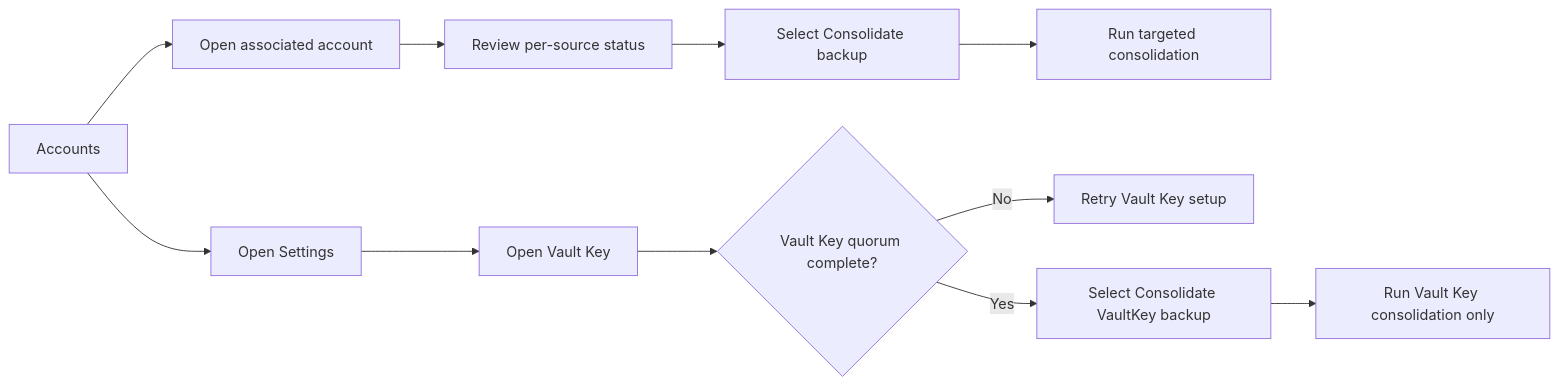
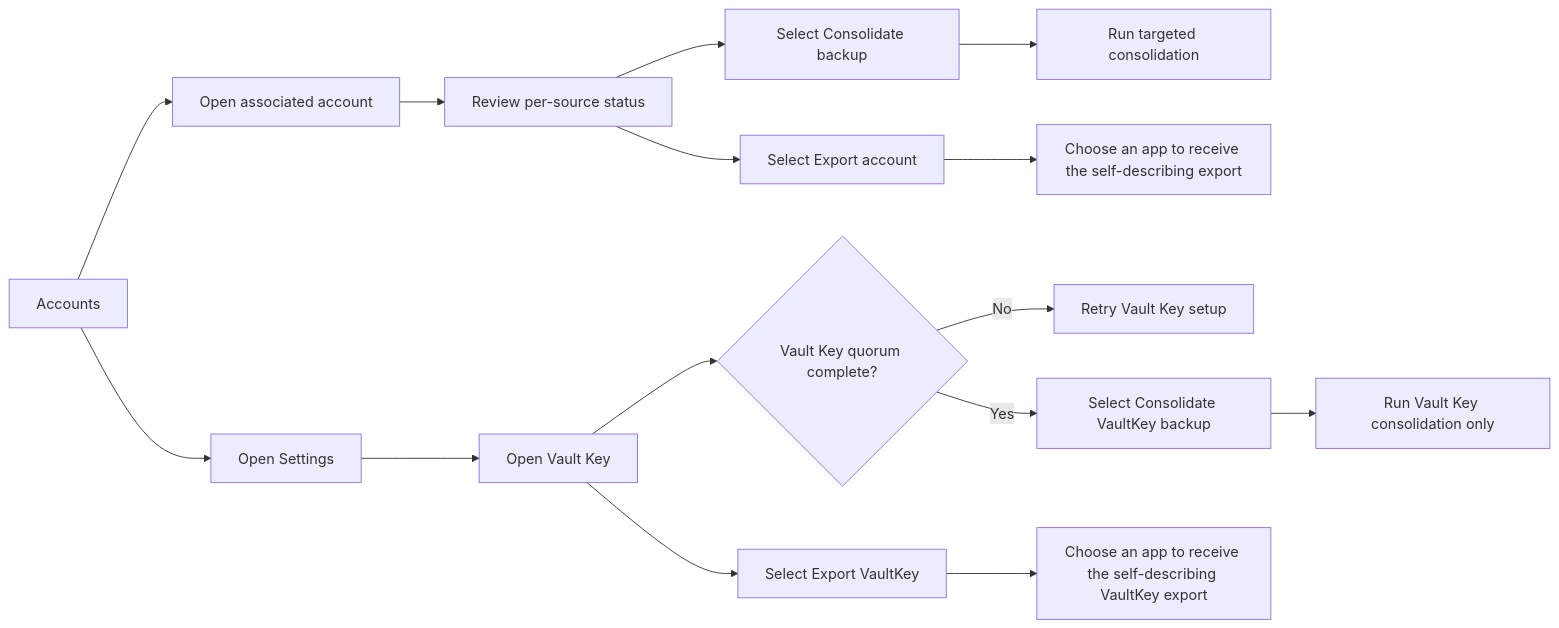
Before and after one commit to ZenTenApp/vault-kotlin: the sixth of 7 diagrams in docs/stakeholder/flowcharts.md, drawn with Mermaid. The commit also changed other lines of this file and 9 other files, not shown here.

Commit message:
feat(accounts): add account and VaultKey export actions

````diff
--- a/docs/stakeholder/flowcharts.md
+++ b/docs/stakeholder/flowcharts.md
@@ -208,13 +209,17 @@
 ```mermaid
 flowchart LR
     Accounts["Accounts"] --> Account["Open associated account"]
     Account --> Status["Review per-source status"]
     Status --> One["Select Consolidate backup"]
     One --> Targeted["Run targeted consolidation"]
+    Status --> Export["Select Export account"]
+    Export --> ExportPick["Choose an app to receive the self-describing export"]
     Accounts --> Settings["Open Settings"]
     Settings --> VaultKey["Open Vault Key"]
     VaultKey --> VaultKeyState{"Vault Key quorum complete?"}
     VaultKeyState -->|No| Retry["Retry Vault Key setup"]
     VaultKeyState -->|Yes| All["Select Consolidate VaultKey backup"]
     All --> Full["Run Vault Key consolidation only"]
+    VaultKey --> ExportVK["Select Export VaultKey"]
+    ExportVK --> ExportVKPick["Choose an app to receive the self-describing VaultKey export"]
 ```
````
